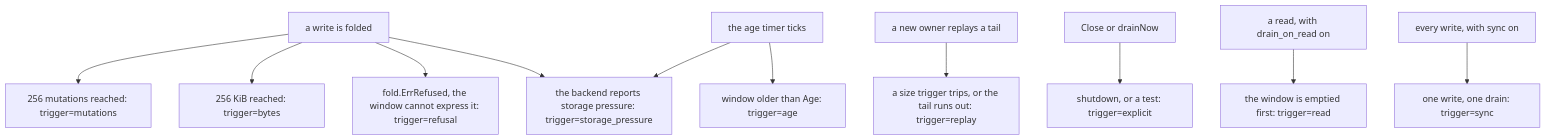
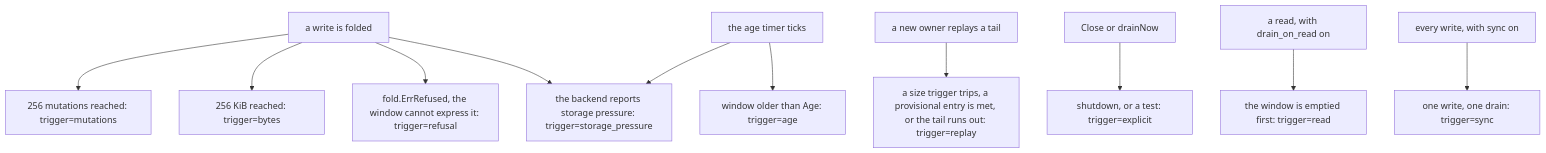
Before and after one commit to aromanovich/waltz: the fourth of 10 diagrams in docs/handbook/05-write-path.md, drawn with Mermaid. The commit also changed other lines of this file and 42 other files, not shown here.

````diff
--- a/docs/handbook/05-write-path.md
+++ b/docs/handbook/05-write-path.md
@@ -274,13 +281,13 @@
 ```mermaid
 flowchart TD
   W["a write is folded"] --> M["256 mutations reached: trigger=mutations"]
   W --> B["256 KiB reached: trigger=bytes"]
   W --> RF["fold.ErrRefused, the window cannot express it: trigger=refusal"]
   W --> P["the backend reports storage pressure: trigger=storage_pressure"]
   T["the age timer ticks"] --> A["window older than Age: trigger=age"]
   T --> P
-  RP["a new owner replays a tail"] --> R["a size trigger trips, or the tail runs out: trigger=replay"]
+  RP["a new owner replays a tail"] --> R["a size trigger trips, a provisional entry is met, or the tail runs out: trigger=replay"]
   X["Close or drainNow"] --> E["shutdown, or a test: trigger=explicit"]
   RD["a read, with drain_on_read on"] --> D["the window is emptied first: trigger=read"]
   S["every write, with sync on"] --> Y["one write, one drain: trigger=sync"]
 ```
````
